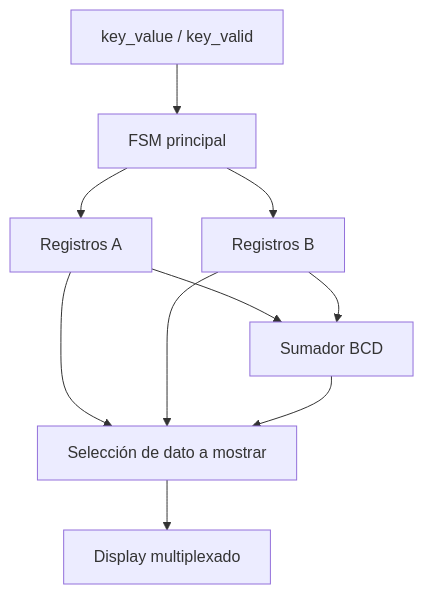
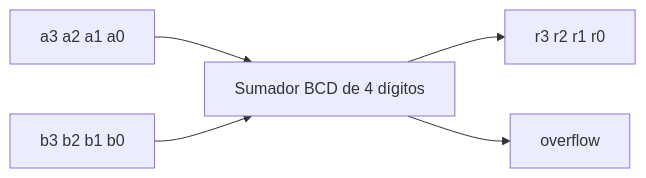
The third of 5 diagrams in README.md (JohnProgr/Proyecto_2), drawn with Mermaid before and after one commit. The commit also changed other lines of this file, not shown here.

````diff
--- a/README.md
+++ b/README.md
@@ -229,12 +220,7 @@
 ```mermaid
-flowchart TD
-    KEY[key_value / key_valid] --> FSM[FSM principal]
-    FSM --> RA[Registros A]
-    FSM --> RB[Registros B]
-    RA --> SEL[Selección de dato a mostrar]
-    RB --> SEL
-    RA --> ADD[Sumador BCD]
-    RB --> ADD
-    ADD --> SEL
-    SEL --> DISP[Display multiplexado]
+flowchart LR
+    A[a3 a2 a1 a0] --> ADD[Sumador BCD de 4 dígitos]
+    B[b3 b2 b1 b0] --> ADD
+    ADD --> R[r3 r2 r1 r0]
+    ADD --> OV[overflow]
 ```
````
